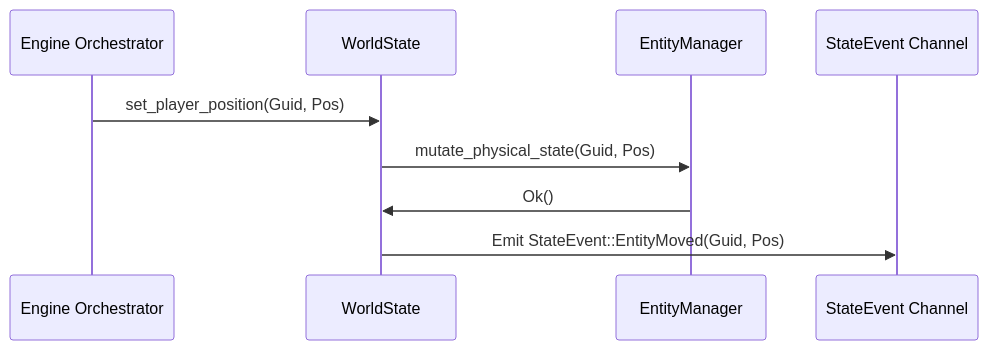
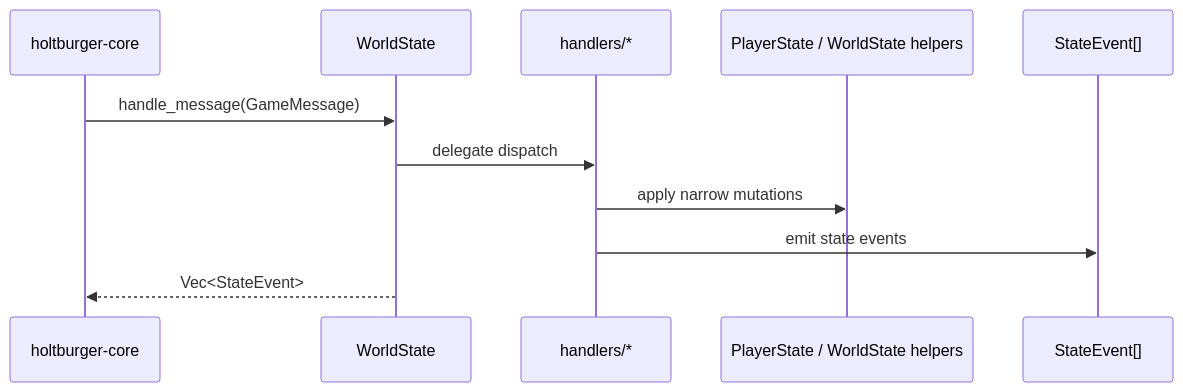
Before and after one commit to merklejerk/holtburger: the diagram in crates/holtburger-world/ARCHITECTURE.md, drawn with Mermaid. The commit also changed other lines of this file and 6 other files, not shown here.

````diff
--- a/crates/holtburger-world/ARCHITECTURE.md
+++ b/crates/holtburger-world/ARCHITECTURE.md
@@ -31,12 +92,14 @@
 ```mermaid
 sequenceDiagram
-    participant Core as Engine Orchestrator
-    participant World as WorldState
-    participant Entity as EntityManager
-    participant StateEv as StateEvent Channel
+        participant Core as holtburger-core
+        participant World as WorldState
+        participant Handlers as handlers/*
+        participant Models as PlayerState / WorldState helpers
+        participant Events as StateEvent[]
 
-    Core->>World: set_player_position(Guid, Pos)
-    World->>Entity: mutate_physical_state(Guid, Pos)
-    Entity->>World: Ok()
-    World->>StateEv: Emit StateEvent::EntityMoved(Guid, Pos)
+        Core->>World: handle_message(GameMessage)
+        World->>Handlers: delegate dispatch
+        Handlers->>Models: apply narrow mutations
+        Handlers->>Events: emit state events
+        World-->>Core: Vec<StateEvent>
 ```
````
